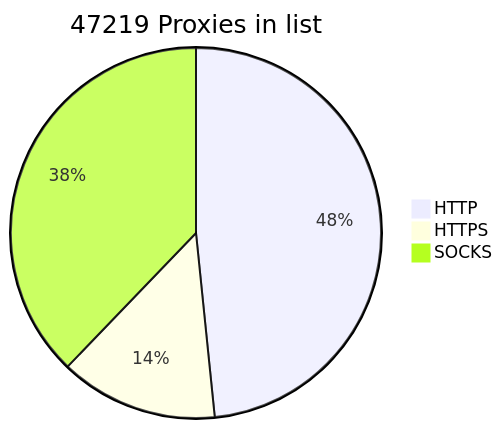
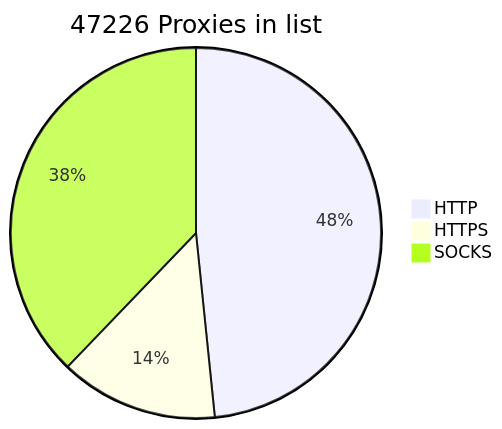
Before and after one commit to BlackSnowDot/proxylist-update-every-minute: the diagram in README.md, drawn with Mermaid.

````diff
--- a/README.md
+++ b/README.md
@@ -2,6 +2,6 @@
 ```mermaid
-pie title 47219 Proxies in list
+pie title 47226 Proxies in list
     "HTTP" : 25522
     "HTTPS": 7281
-    "SOCKS" : 19949
+    "SOCKS" : 19956
 ```
````
